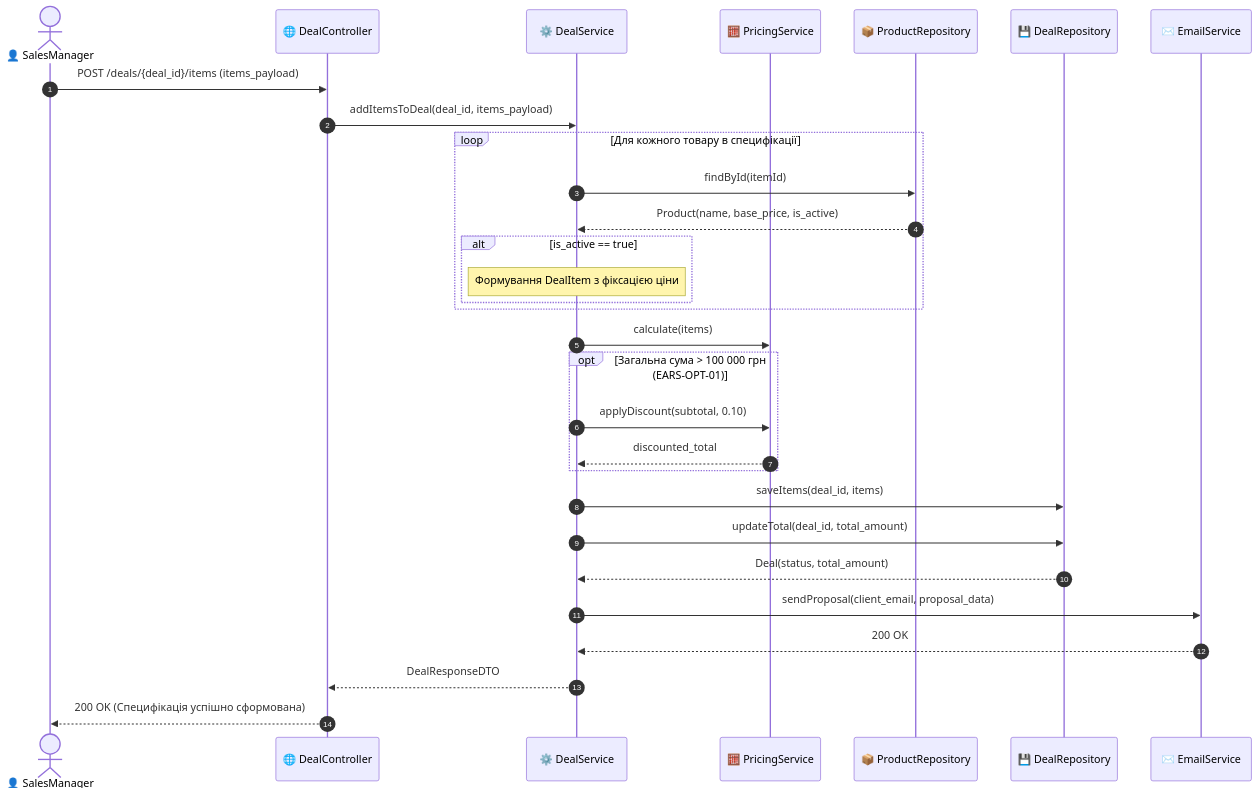
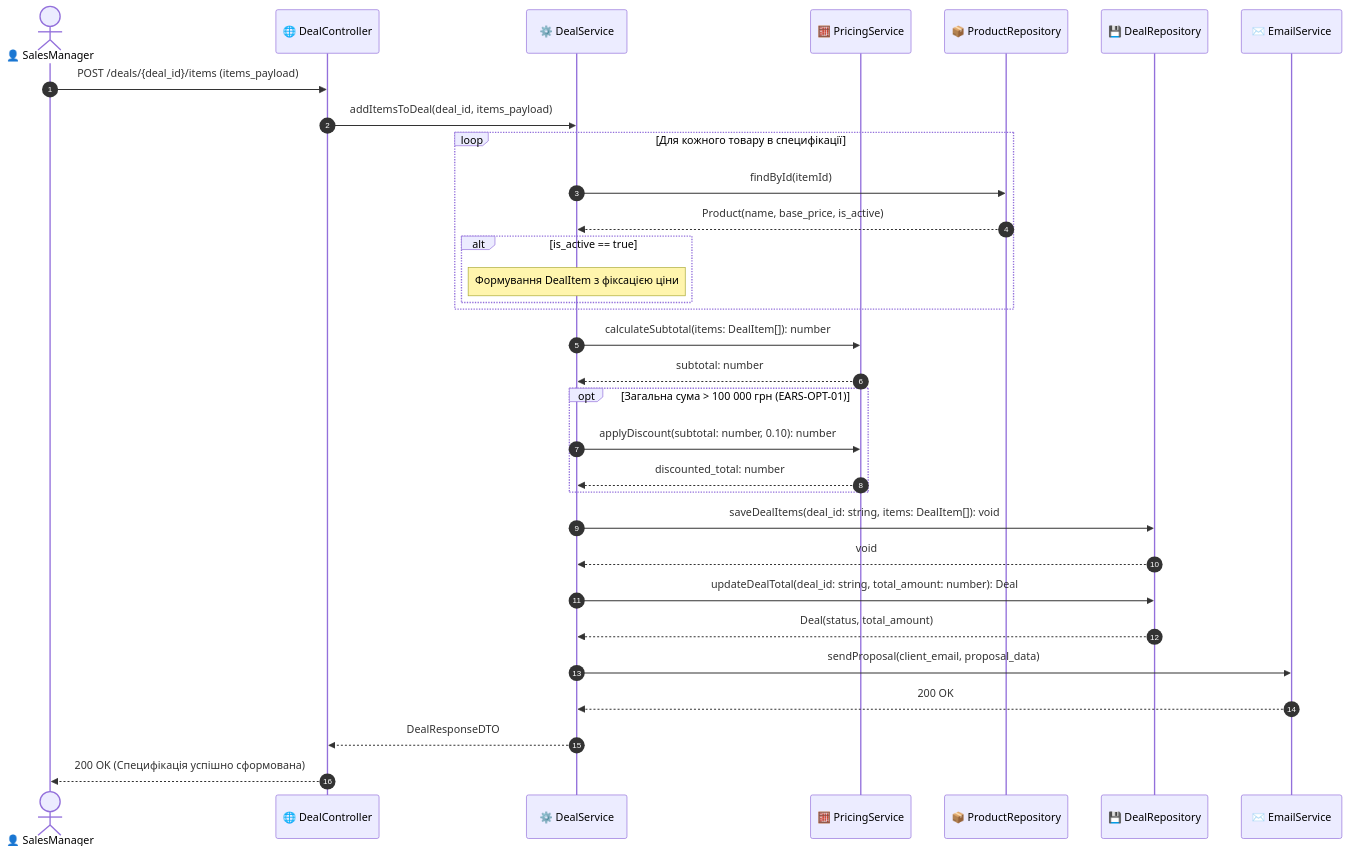
The diagram in Lab 3/spec.md (young3rrrr/KPI), drawn with Mermaid before and after one commit. The commit also changed 2 other files, not shown here.

Commit message:
fix(spec): enforce return arrows and explicit typed method signatures in sequence diagram

````diff
--- a/Lab 3/spec.md
+++ b/Lab 3/spec.md
@@ -54,39 +54,43 @@
 ```mermaid
 sequenceDiagram
     autonumber
     actor Manager as 👤 SalesManager
     participant Controller as 🌐 DealController
     participant Service as ⚙️ DealService
     participant Pricing as 🧮 PricingService
     participant ProdRepo as 📦 ProductRepository
     participant DealRepo as 💾 DealRepository
     participant Email as ✉️ EmailService
 
     Manager ->> Controller: POST /deals/{deal_id}/items (items_payload)
     Controller ->> Service: addItemsToDeal(deal_id, items_payload)
 
     loop Для кожного товару в специфікації
         Service ->> ProdRepo: findById(itemId)
         ProdRepo -->> Service: Product(name, base_price, is_active)
         alt is_active == true
             Note over Service: Формування DealItem з фіксацією ціни
         end
     end
 
-    Service ->> Pricing: calculate(items)
+    %% Розрахунок вартості
+    Service ->> Pricing: calculateSubtotal(items: DealItem[]): number
+    Pricing -->> Service: subtotal: number
 
     opt Загальна сума > 100 000 грн (EARS-OPT-01)
-        Service ->> Pricing: applyDiscount(subtotal, 0.10)
-        Pricing -->> Service: discounted_total
+        Service ->> Pricing: applyDiscount(subtotal: number, 0.10): number
+        Pricing -->> Service: discounted_total: number
     end
 
-    Service ->> DealRepo: saveItems(deal_id, items)
-    Service ->> DealRepo: updateTotal(deal_id, total_amount)
+    %% Збереження позицій та оновлення суми угоди
+    Service ->> DealRepo: saveDealItems(deal_id: string, items: DealItem[]): void
+    DealRepo -->> Service: void
+    Service ->> DealRepo: updateDealTotal(deal_id: string, total_amount: number): Deal
     DealRepo -->> Service: Deal(status, total_amount)
 
     Service ->> Email: sendProposal(client_email, proposal_data)
     Email -->> Service: 200 OK
 
     Service -->> Controller: DealResponseDTO
     Controller -->> Manager: 200 OK (Специфікація успішно сформована)
 ```
````
